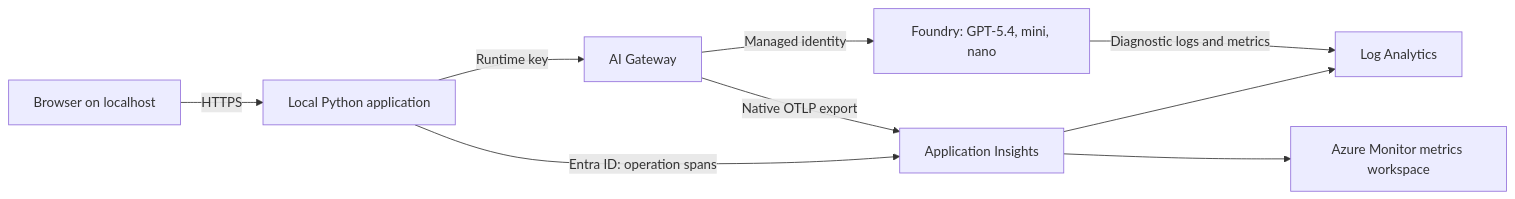
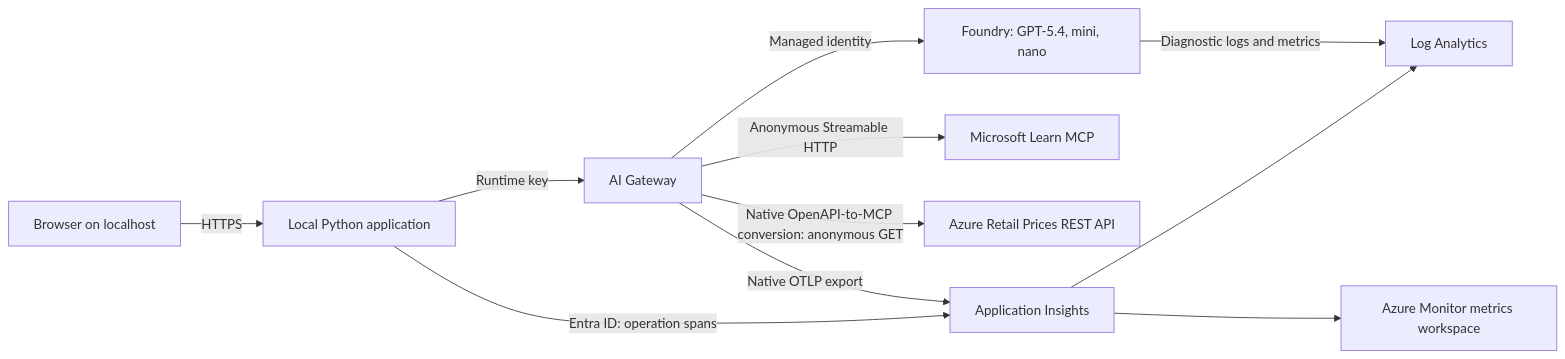
The diagram in README.md (garylumsden/ai-gateway-playground), drawn with Mermaid before and after one commit. The commit also changed other lines of this file and 15 other files, not shown here.

Commit message:
Add Microsoft Learn MCP and Retail Prices tool scenarios

````diff
--- a/README.md
+++ b/README.md
@@ -18,11 +22,13 @@
 ```mermaid
 flowchart LR
     browser[Browser on localhost] -->|HTTPS| app[Local Python application]
     app -->|Runtime key| gateway[AI Gateway]
     gateway -->|Managed identity| models[Foundry: GPT-5.4, mini, nano]
+    gateway -->|Anonymous Streamable HTTP| learn[Microsoft Learn MCP]
+    gateway -->|Native OpenAPI-to-MCP conversion: anonymous GET| prices[Azure Retail Prices REST API]
     gateway -->|Native OTLP export| insights[Application Insights]
     app -->|Entra ID: operation spans| insights
     insights --> logs[Log Analytics]
     insights --> metrics[Azure Monitor metrics workspace]
     models -->|Diagnostic logs and metrics| logs
 ```
````
